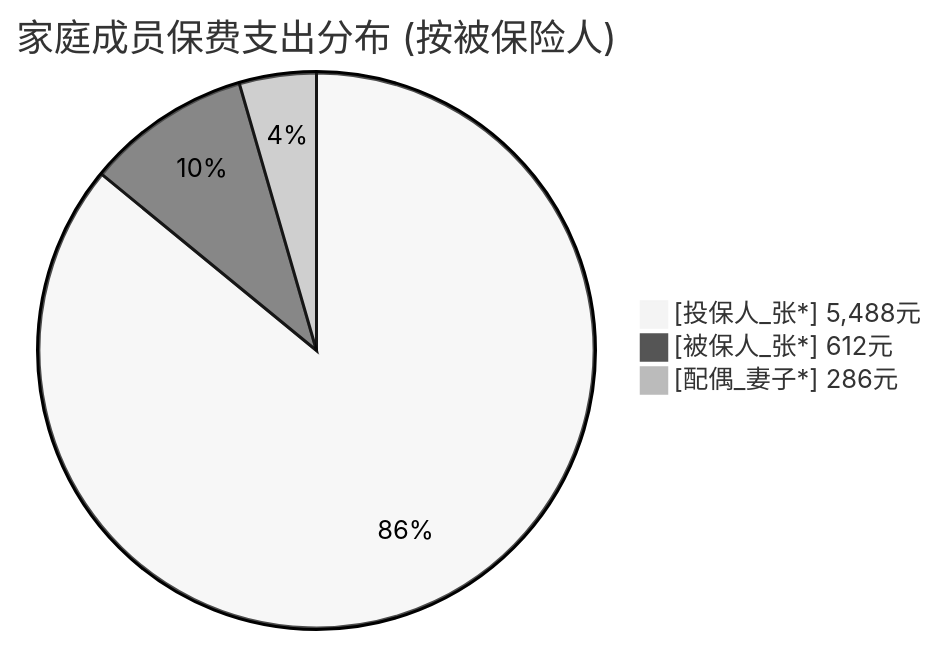
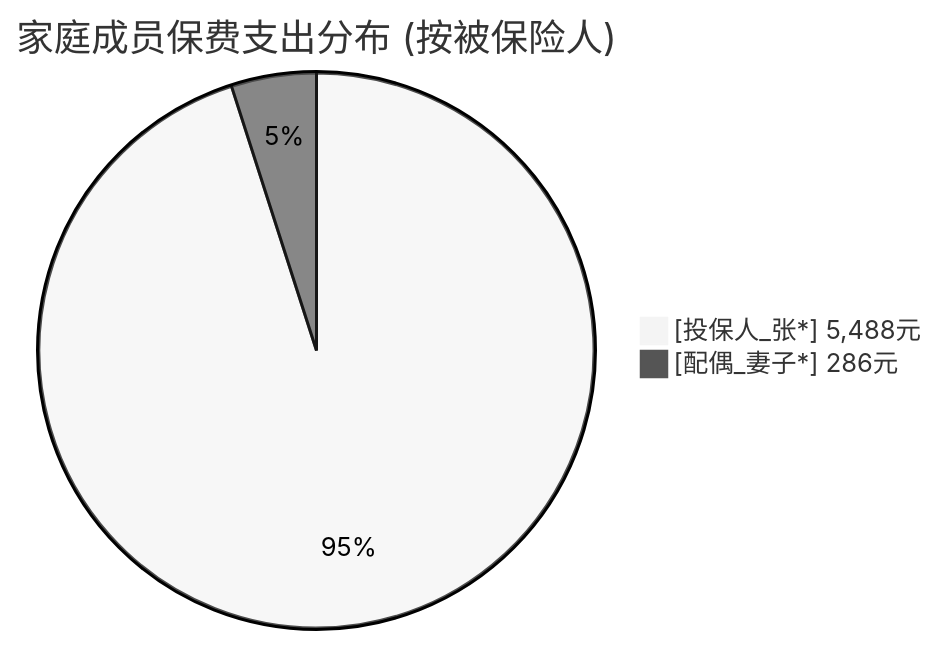
One commit to yww520/ob-baodan changed the second of 2 diagrams in vault-template/00_看板中心/📊 保单全景看板.md. Above: the diagram before and after it, drawn with Mermaid (neutral theme). The commit also changed other lines of this file and 7 other files, not shown here.

````diff
--- a/vault-template/00_看板中心/📊 保单全景看板.md
+++ b/vault-template/00_看板中心/📊 保单全景看板.md
@@ -19,6 +19,5 @@
 ```mermaid
 pie title 家庭成员保费支出分布 (按被保险人)
     "[投保人_张*] 5,488元" : 5488.00
-    "[被保人_张*] 612元" : 612.00
     "[配偶_妻子*] 286元" : 286.00
 ```
````
